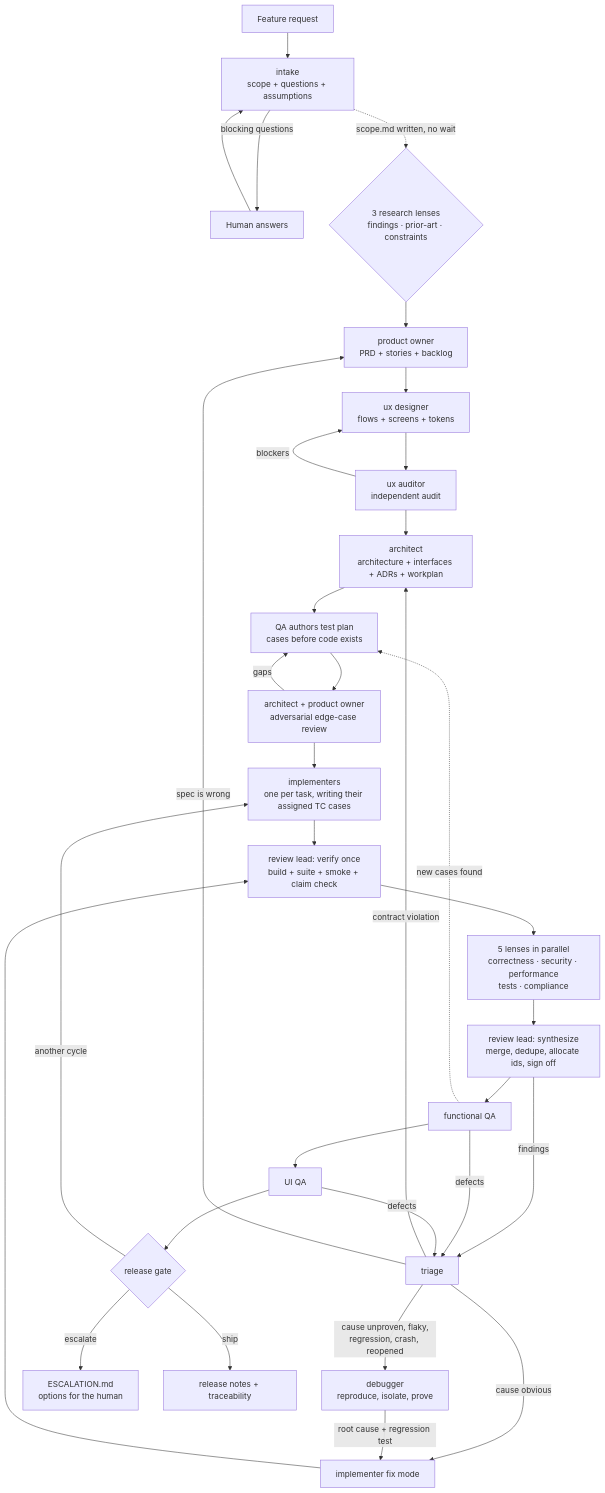
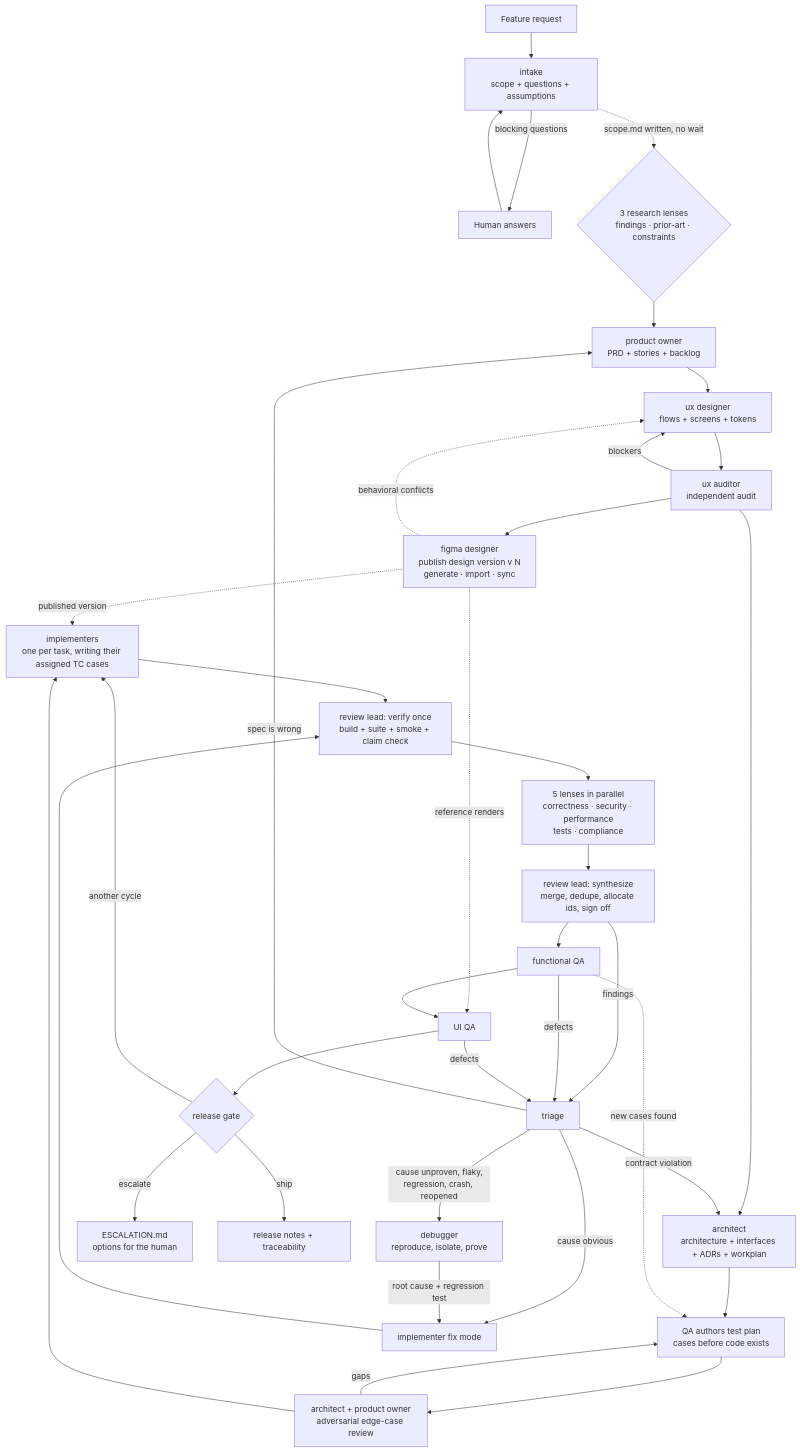
Before and after one commit to DevLab-Technologies/claude-sdlc: the diagram in docs/sdlc/README.md, drawn with Mermaid. The commit also changed other lines of this file and 17 other files, not shown here.

First line of the commit message:
Add a versioned Figma design phase to the pipeline

````diff
--- a/docs/sdlc/README.md
+++ b/docs/sdlc/README.md
@@ -5,35 +5,39 @@
 ```mermaid
 flowchart TD
     REQ[Feature request] --> IN[intake<br/>scope + questions + assumptions]
     IN -->|blocking questions| HUMAN[Human answers]
     HUMAN --> IN
     IN -.->|scope.md written, no wait| RES{3 research lenses<br/>findings · prior-art · constraints}
     RES --> PO[product owner<br/>PRD + stories + backlog]
     PO --> UX[ux designer<br/>flows + screens + tokens]
     UX --> AUD[ux auditor<br/>independent audit]
+    AUD --> FIG[figma designer<br/>publish design version v N<br/>generate · import · sync]
+    FIG -.->|behavioral conflicts| UX
     AUD -->|blockers| UX
     AUD --> ARCH[architect<br/>architecture + interfaces + ADRs + workplan]
     ARCH --> TP[QA authors test plan<br/>cases before code exists]
     TP --> TPR[architect + product owner<br/>adversarial edge-case review]
     TPR -->|gaps| TP
     TPR --> IMPL[implementers<br/>one per task, writing their assigned TC cases]
+    FIG -.->|published version| IMPL
+    FIG -.->|reference renders| UIQA
     IMPL --> RV[review lead: verify once<br/>build + suite + smoke + claim check]
     RV --> REV[5 lenses in parallel<br/>correctness · security · performance<br/>tests · compliance]
     REV --> RS[review lead: synthesize<br/>merge, dedupe, allocate ids, sign off]
     RS --> QA[functional QA]
     QA --> UIQA[UI QA]
     QA -.->|new cases found| TP
     UIQA --> GATE{release gate}
     RS -->|findings| TRI[triage]
     QA -->|defects| TRI
     UIQA -->|defects| TRI
     TRI -->|cause obvious| FIX[implementer fix mode]
     TRI -->|cause unproven, flaky,<br/>regression, crash, reopened| DBG[debugger<br/>reproduce, isolate, prove]
     TRI -->|contract violation| ARCH
     TRI -->|spec is wrong| PO
     DBG -->|root cause + regression test| FIX
     FIX --> RV
     GATE -->|another cycle| IMPL
     GATE -->|escalate| ESC[ESCALATION.md<br/>options for the human]
     GATE -->|ship| DONE[release notes + traceability]
 ```
````
